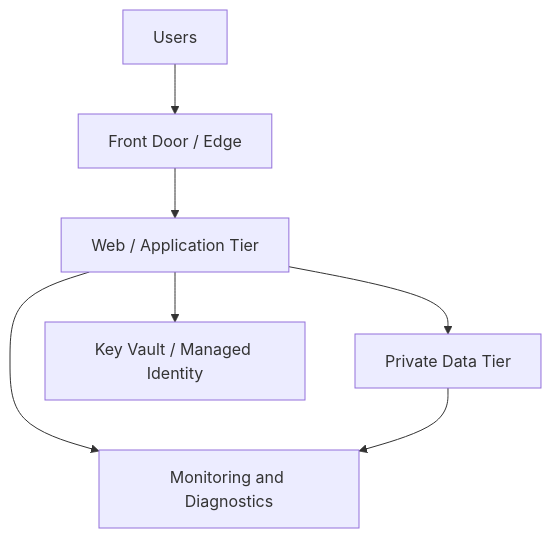
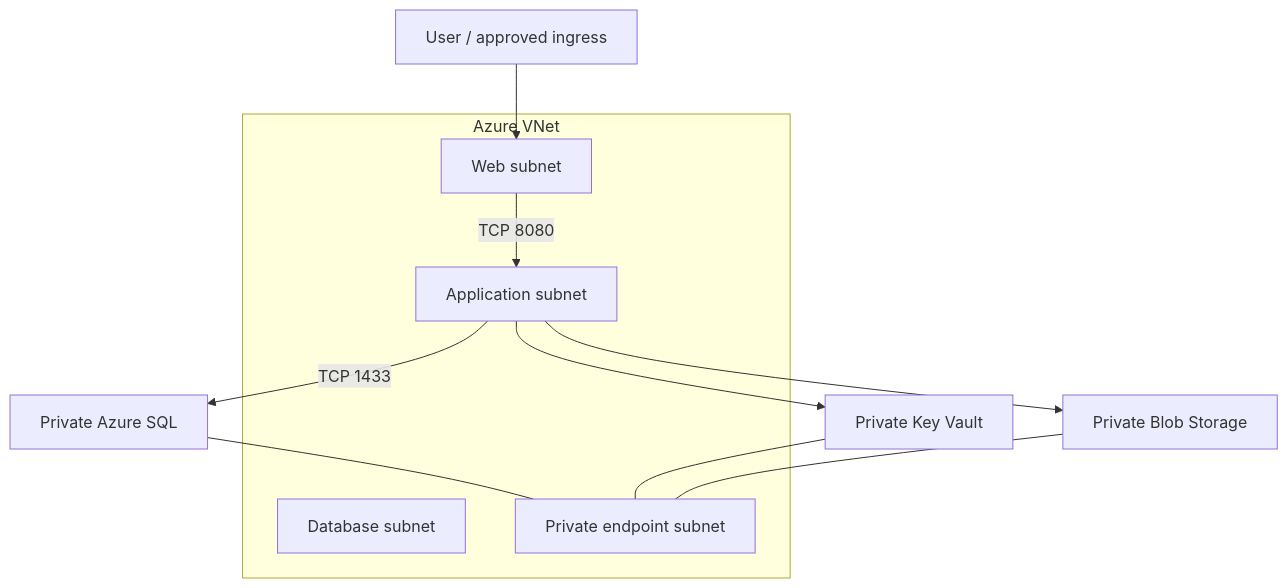
The diagram in README.md (haqueamir70-coder/azure-enterprise-3-tier-architecture), drawn with Mermaid before and after one commit. The commit also changed other lines of this file, not shown here.

Commit message:
Document private network segmentation and current Terraform scope

````diff
--- a/README.md
+++ b/README.md
@@ -17,9 +7,17 @@
 ```mermaid
-flowchart TD
-  U[Users] --> FD[Front Door / Edge]
-  FD --> W[Web / Application Tier]
-  W --> D[Private Data Tier]
-  W --> KV[Key Vault / Managed Identity]
-  W --> M[Monitoring and Diagnostics]
-  D --> M
+flowchart TB
+  User[User / approved ingress] --> Web[Web subnet]
+  Web -->|TCP 8080| App[Application subnet]
+  App -->|TCP 1433| SQL[Private Azure SQL]
+  App --> KV[Private Key Vault]
+  App --> Blob[Private Blob Storage]
+  subgraph VNet[Azure VNet]
+    Web
+    App
+    DBSubnet[Database subnet]
+    PESubnet[Private endpoint subnet]
+  end
+  SQL --- PESubnet
+  KV --- PESubnet
+  Blob --- PESubnet
 ```
````
